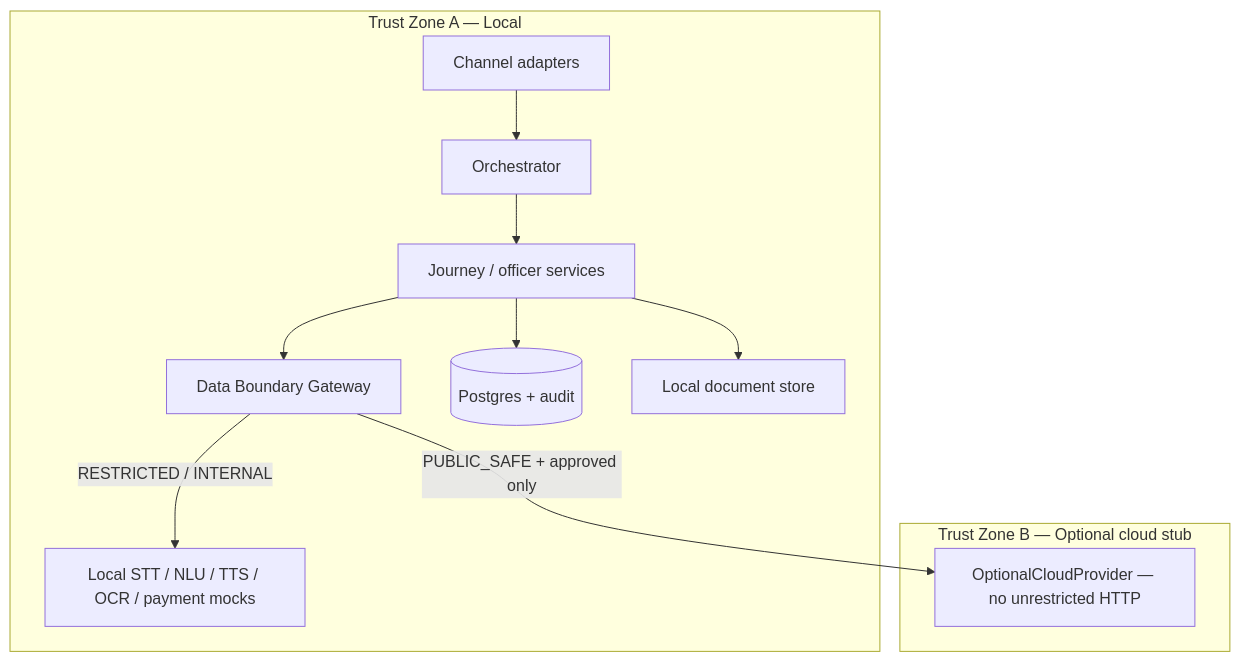
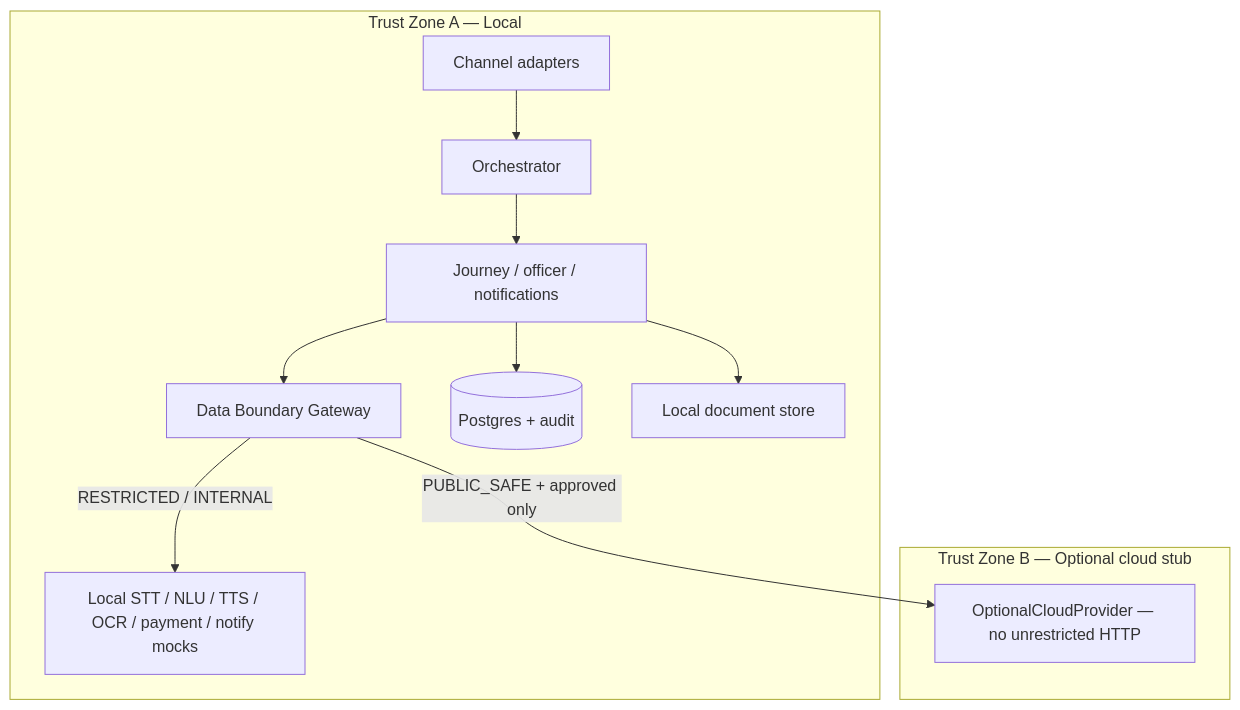
Before and after one commit to Gautamprakash17/multilingual-voice-revenue-services: the ninth of 15 diagrams in docs/diagrams.md, drawn with Mermaid. The commit also changed other lines of this file and 2 other files, not shown here.

First line of the commit message:
docs: sync architecture diagrams and data classification with codebase

````diff
--- a/docs/diagrams.md
+++ b/docs/diagrams.md
@@ -47,21 +272,21 @@
 ```mermaid
 flowchart TB
   subgraph zoneA [Trust Zone A — Local]
     CH[Channel adapters]
     OR[Orchestrator]
-    JY[Journey / officer services]
+    JY[Journey / officer / notifications]
     GW[Data Boundary Gateway]
-    LP[Local STT / NLU / TTS / OCR / payment mocks]
+    LP[Local STT / NLU / TTS / OCR / payment / notify mocks]
     PG[(Postgres + audit)]
     FS[Local document store]
   end
   subgraph zoneB [Trust Zone B — Optional cloud stub]
     CL[OptionalCloudProvider — no unrestricted HTTP]
   end
   CH --> OR --> JY
   JY --> GW
   GW -->|RESTRICTED / INTERNAL| LP
   GW -->|PUBLIC_SAFE + approved only| CL
   JY --> PG
   JY --> FS
 ```
````
